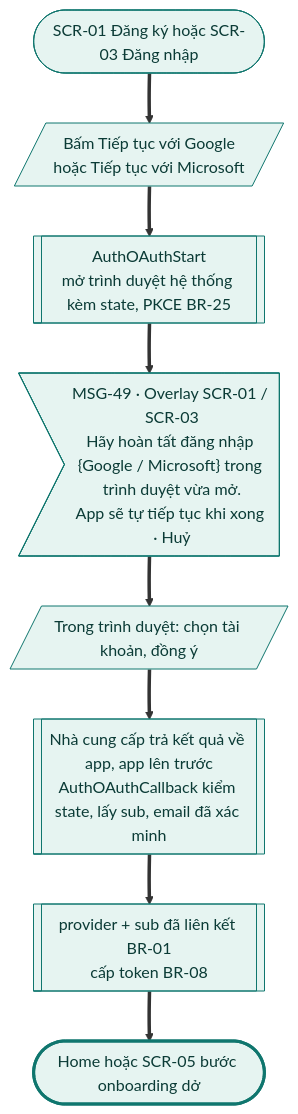
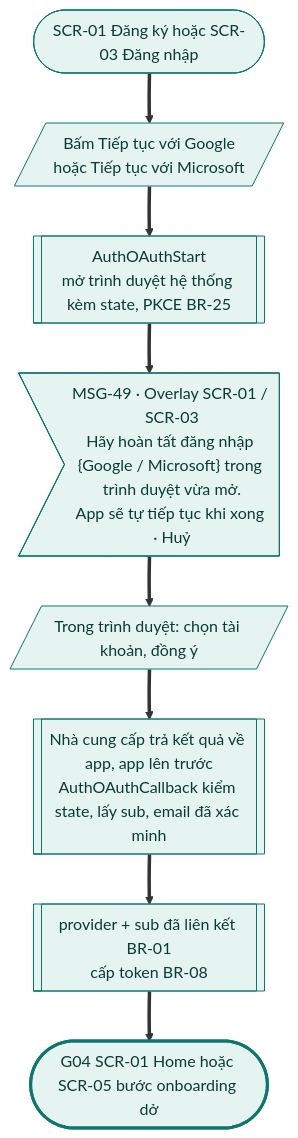
Before and after one commit to tannguyenho/personal-app: the third of 27 diagrams in docs/design-brief/flow/g01-tai-khoan.md, drawn with Mermaid. The commit also changed other lines of this file and 6 other files, not shown here.

First line of the commit message:
docs(G01, G10): áp quyết định PO 09/11 vào SRS, PRD, flow; IA trỏ mã mới

````diff
--- a/docs/design-brief/flow/g01-tai-khoan.md
+++ b/docs/design-brief/flow/g01-tai-khoan.md
@@ -141,25 +141,25 @@
 ```mermaid
 flowchart TD
   start(["SCR-01 Đăng ký hoặc SCR-03 Đăng nhập"])
   u1[/"Bấm Tiếp tục với Google<br/>hoặc Tiếp tục với Microsoft"/]
   p1[["AuthOAuthStart<br/>mở trình duyệt hệ thống kèm state, PKCE BR-25"]]
   m1>"MSG-49 · Overlay SCR-01 / SCR-03<br/>Hãy hoàn tất đăng nhập {Google / Microsoft} trong trình duyệt vừa mở.<br/>App sẽ tự tiếp tục khi xong · Huỷ"]
   u2[/"Trong trình duyệt: chọn tài khoản, đồng ý"/]
   p2[["Nhà cung cấp trả kết quả về app, app lên trước<br/>AuthOAuthCallback kiểm state, lấy sub, email đã xác minh"]]
   p3[["provider + sub đã liên kết BR-01<br/>cấp token BR-08"]]
-  ok(["Home hoặc SCR-05 bước onboarding dở"])
+  ok(["G04 SCR-01 Home hoặc SCR-05 bước onboarding dở"])
 
   start ==> u1 ==> p1 ==> m1 ==> u2 ==> p2 ==> p3 ==> ok
 
   class start,u1,p1,m1,u2,p2,p3 happy
   class ok done
   classDef happy fill:#E6F4F1,stroke:#0F766E,color:#0B3B36
   classDef alt fill:#F1F3F5,stroke:#6B7280,color:#1F2937
   classDef err fill:#FDECEC,stroke:#B42318,color:#5C1010
   classDef warn fill:#FEF4E2,stroke:#B45309,color:#4A2604
   classDef ai fill:#F1ECFD,stroke:#6D28D9,color:#2E1065
   classDef sync fill:#FFFFFF,stroke:#6B7280,stroke-dasharray:4 3,color:#1F2937
   classDef link fill:#FFFFFF,stroke:#0F766E,stroke-dasharray:4 3,color:#0B3B36
   classDef done fill:#E6F4F1,stroke:#0F766E,stroke-width:3px,color:#0B3B36
   classDef fail fill:#FDECEC,stroke:#B42318,stroke-width:3px,color:#5C1010
 ```
````
